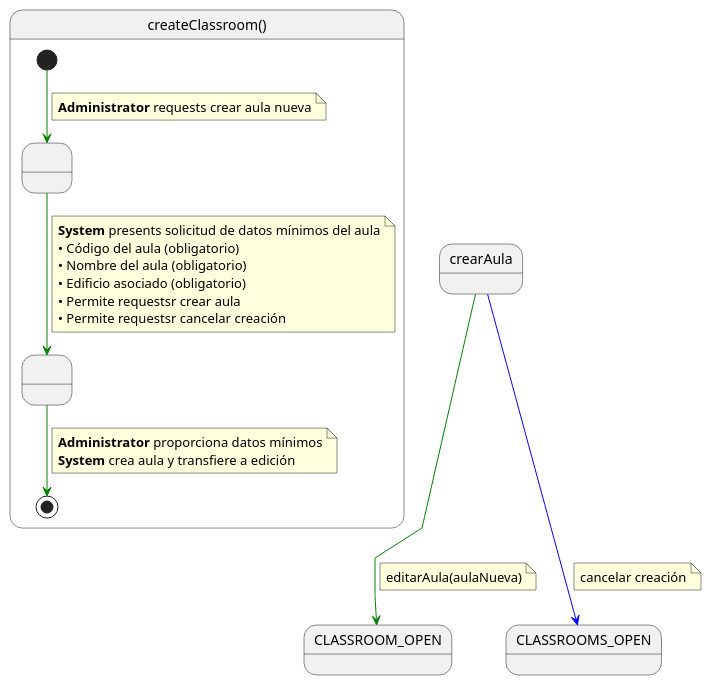
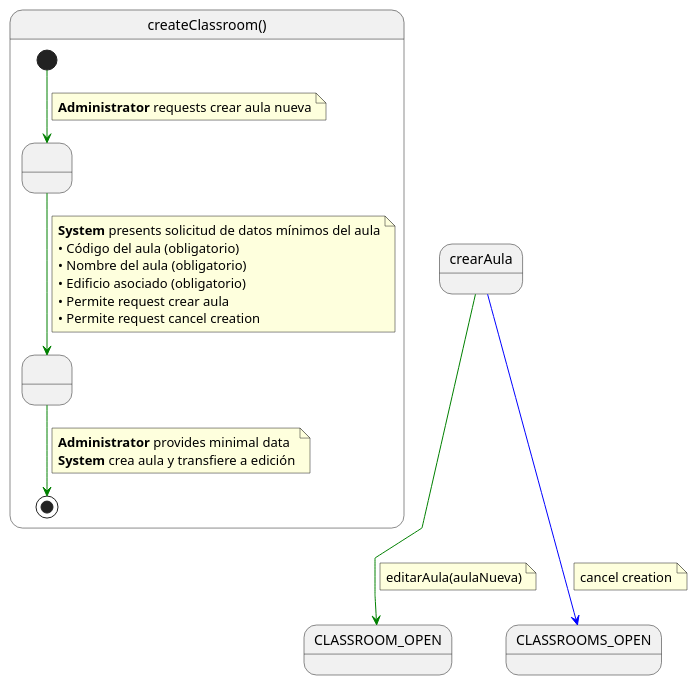
The diagram in RUP/00-casos-uso/02-detalle/crearAula/especificacion.puml (mmasias/pySigHor), drawn with PlantUML before and after one commit. The commit also changed 34 other files, not shown here.

```diff
--- a/RUP/00-casos-uso/02-detalle/crearAula/especificacion.puml
+++ b/RUP/00-casos-uso/02-detalle/crearAula/especificacion.puml
@@ -1,42 +1,42 @@
 @startuml createClassroom
 
 skinparam linetype polyline
 
 state createClassroom as "createClassroom()" {
 
     state " " as RequestingData
-    state " " as CreandoAula
+    state " " as CreatingClassroom
 
     [*] -[#green]-> RequestingData 
     note on link
     <b>Administrator</b> requests crear aula nueva
     end note    
     
-    RequestingData -[#green]-> CreandoAula
+    RequestingData -[#green]-> CreatingClassroom
     note on link
     <b>System</b> presents solicitud de datos mínimos del aula
     • Código del aula (obligatorio)
     • Nombre del aula (obligatorio)
     • Edificio asociado (obligatorio)
-    • Permite requestsr crear aula
-    • Permite requestsr cancelar creación
+    • Permite request crear aula
+    • Permite request cancel creation
     end note
     
-    CreandoAula -[#green]-> [*]
+    CreatingClassroom -[#green]-> [*]
     note on link
-    <b>Administrator</b> proporciona datos mínimos
+    <b>Administrator</b> provides minimal data
     <b>System</b> crea aula y transfiere a edición
     end note
 }
 
 crearAula -[#green]-> CLASSROOM_OPEN
 note on link
 editarAula(aulaNueva)
 end note
 
 crearAula -[#blue]-> CLASSROOMS_OPEN
 note on link
-cancelar creación
+cancel creation
 end note
 
 @enduml
```
